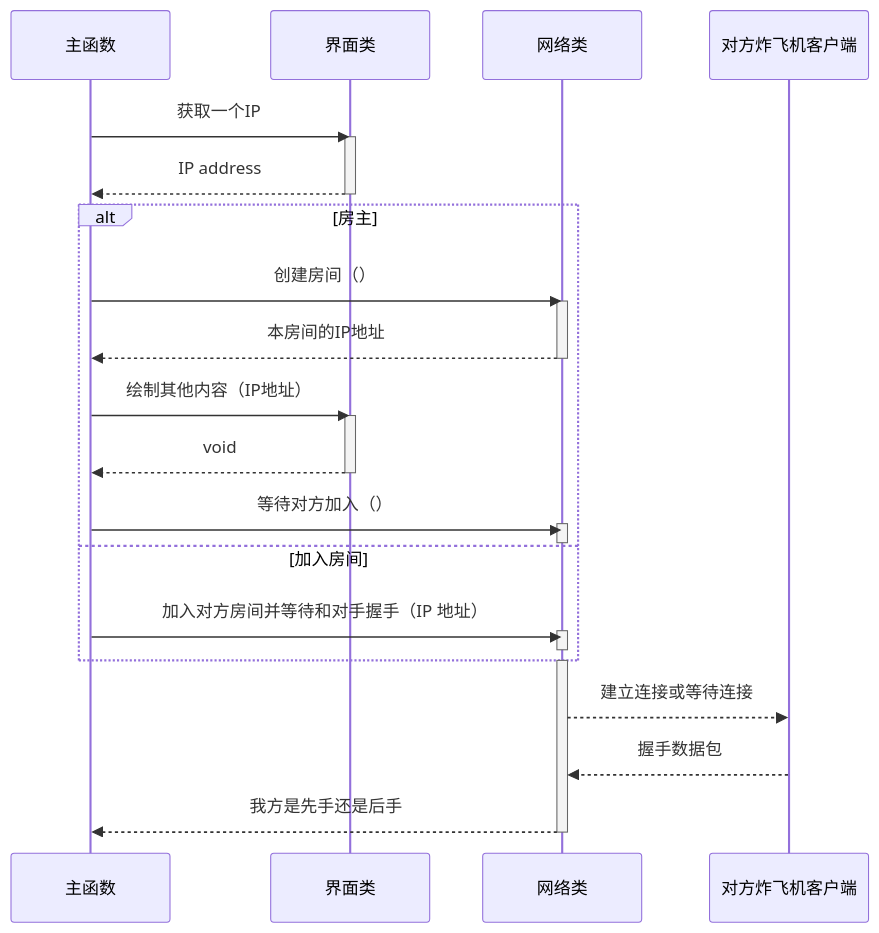
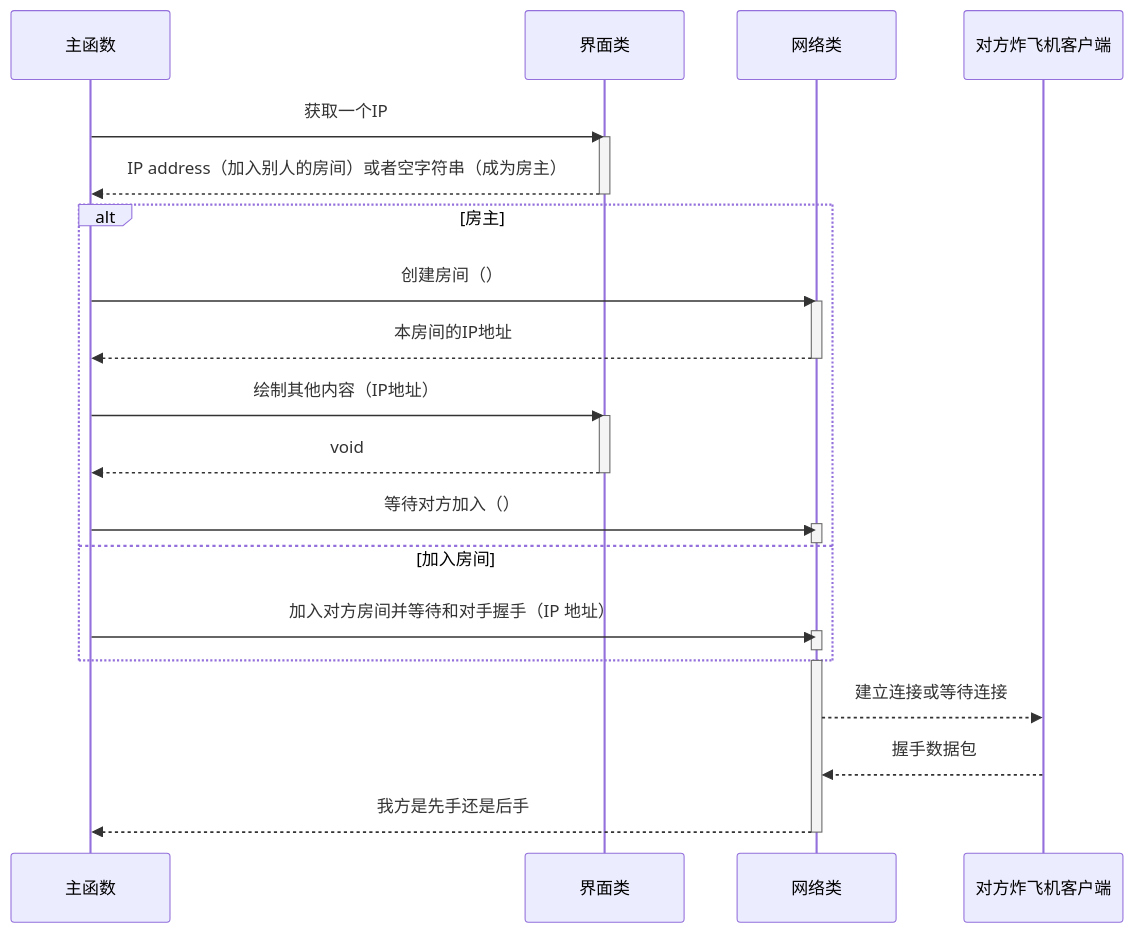
The second of 5 diagrams in README.md (li6in9muyou/bomb-airfield-game), drawn with Mermaid before and after one commit.

Commit message:
厘清 ui 返回值的含义

````diff
--- a/README.md
+++ b/README.md
@@ -148,36 +148,36 @@
 ```mermaid
 sequenceDiagram
 
 participant main as 主函数
 participant ui as 界面类
 participant socket as 网络类
 participant remote as 对方炸飞机客户端
 
 main ->> ui: 获取一个IP
 activate ui
-ui -->> main: IP address
+ui -->> main: IP address（加入别人的房间）或者空字符串（成为房主）
 deactivate ui
 
 alt 房主
 main ->> socket: 创建房间（）
 activate socket
 socket -->> main: 本房间的IP地址
 deactivate socket
 main ->> ui: 绘制其他内容（IP地址）
 activate ui
 ui -->> main: void
 deactivate ui
 main ->> socket: 等待对方加入（）
 activate socket
 deactivate socket
 else 加入房间
 main ->> socket: 加入对方房间并等待和对手握手（IP 地址）
 activate socket
 deactivate socket
 end
 activate socket
 socket -->> remote: 建立连接或等待连接
 remote -->> socket: 握手数据包
 socket -->> main: 我方是先手还是后手
 deactivate socket
 ```
````
